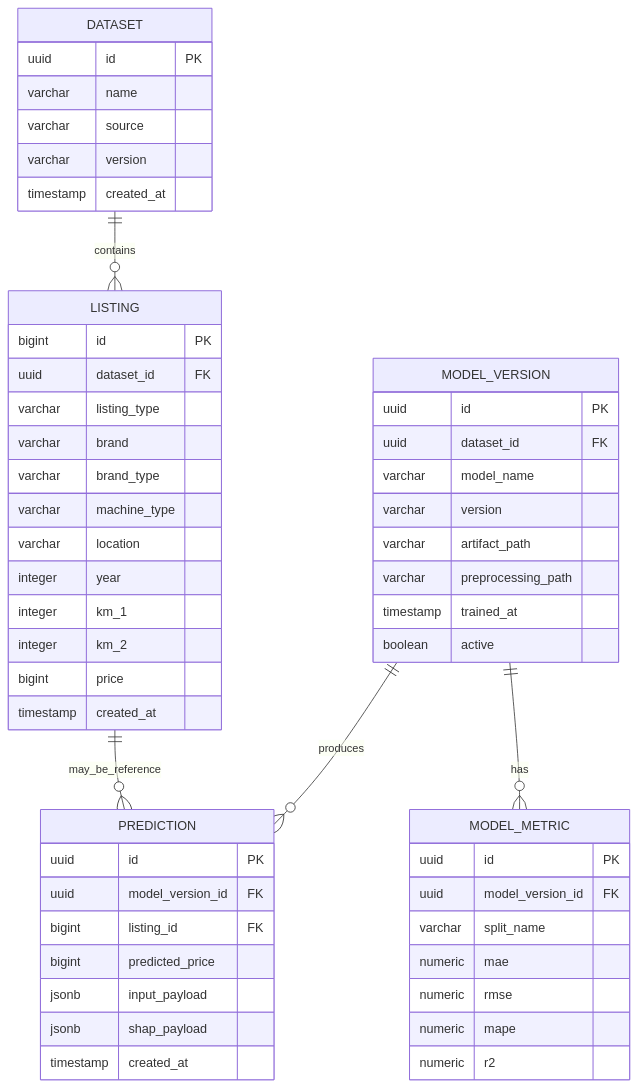
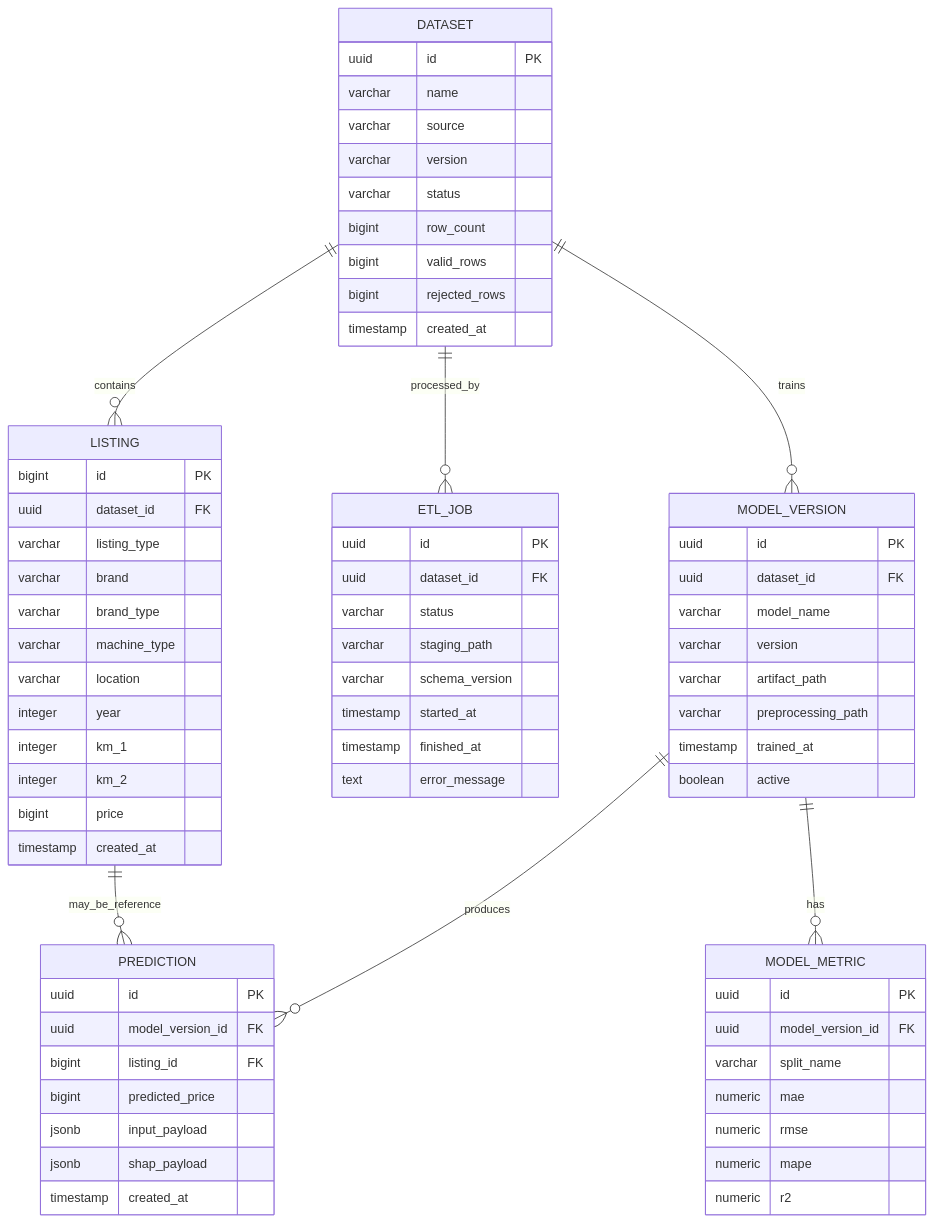
The sixth of 11 diagrams in implementation_plan.md (RistoKuy/XAI_Car_CP), drawn with Mermaid before and after one commit. The commit also changed other lines of this file and 31 other files, not shown here.

````diff
--- a/implementation_plan.md
+++ b/implementation_plan.md
@@ -331,61 +539,78 @@
 ```mermaid
 erDiagram
     DATASET ||--o{ LISTING : contains
+    DATASET ||--o{ ETL_JOB : processed_by
+    DATASET ||--o{ MODEL_VERSION : trains
     MODEL_VERSION ||--o{ PREDICTION : produces
     LISTING ||--o{ PREDICTION : may_be_reference
     MODEL_VERSION ||--o{ MODEL_METRIC : has
 
     DATASET {
         uuid id PK
         varchar name
         varchar source
         varchar version
+        varchar status
+        bigint row_count
+        bigint valid_rows
+        bigint rejected_rows
         timestamp created_at
+    }
+
+    ETL_JOB {
+        uuid id PK
+        uuid dataset_id FK
+        varchar status
+        varchar staging_path
+        varchar schema_version
+        timestamp started_at
+        timestamp finished_at
+        text error_message
     }
 
     LISTING {
         bigint id PK
         uuid dataset_id FK
         varchar listing_type
         varchar brand
         varchar brand_type
         varchar machine_type
         varchar location
         integer year
         integer km_1
         integer km_2
         bigint price
         timestamp created_at
     }
 
     MODEL_VERSION {
         uuid id PK
         uuid dataset_id FK
         varchar model_name
         varchar version
         varchar artifact_path
         varchar preprocessing_path
         timestamp trained_at
         boolean active
     }
 
     MODEL_METRIC {
         uuid id PK
         uuid model_version_id FK
         varchar split_name
         numeric mae
         numeric rmse
         numeric mape
         numeric r2
     }
 
     PREDICTION {
         uuid id PK
         uuid model_version_id FK
         bigint listing_id FK
         bigint predicted_price
         jsonb input_payload
         jsonb shap_payload
         timestamp created_at
     }
 ```
````
